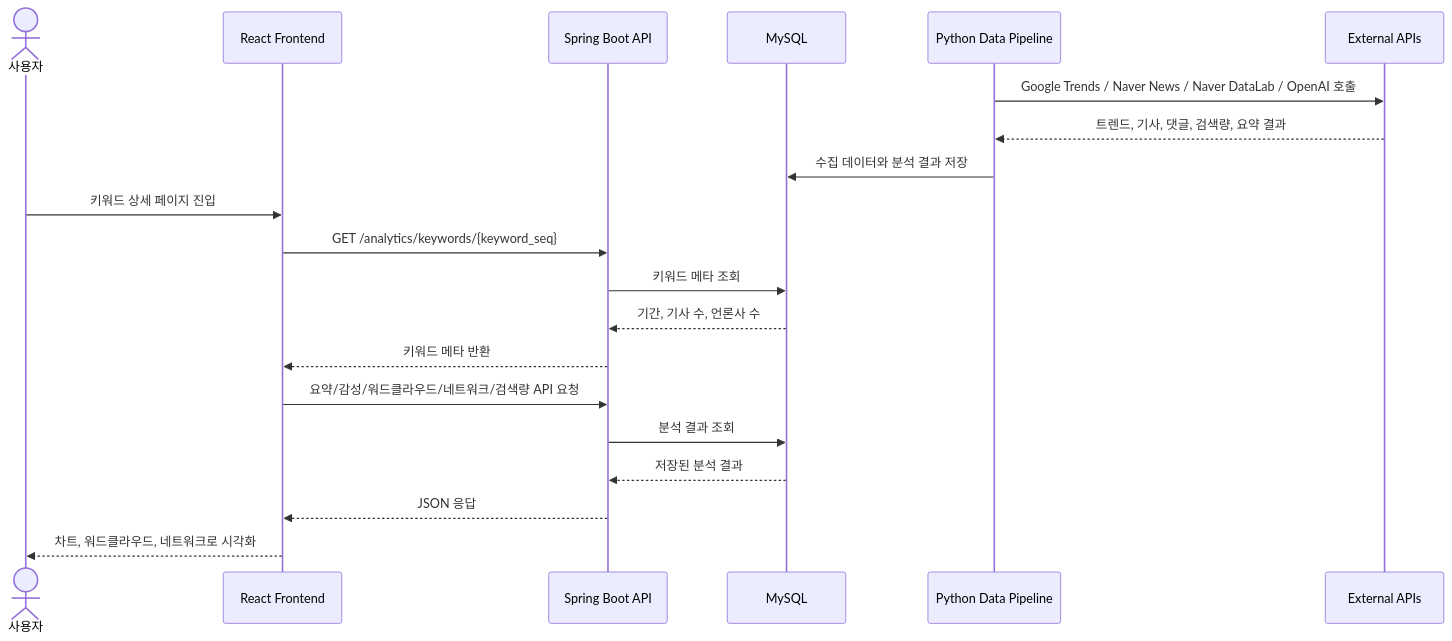
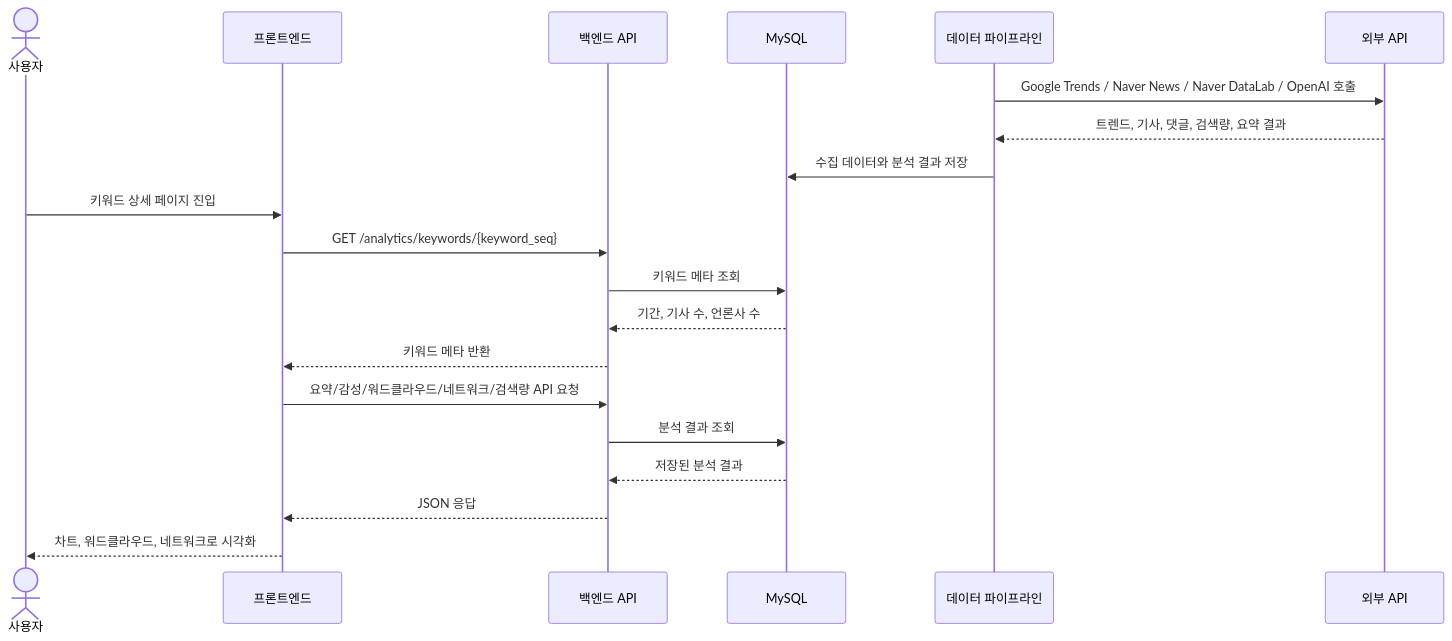
Before and after one commit to sssat/graduation-project: the fourth of 5 diagrams in docs/architecture-draft.md, drawn with Mermaid. The commit also changed other lines of this file, not shown here.

````diff
--- a/docs/architecture-draft.md
+++ b/docs/architecture-draft.md
@@ -132,25 +130,25 @@
 ```mermaid
 sequenceDiagram
   actor U as 사용자
-  participant F as React Frontend
-  participant B as Spring Boot API
+  participant F as 프론트엔드
+  participant B as 백엔드 API
   participant D as MySQL
-  participant P as Python Data Pipeline
-  participant E as External APIs
+  participant P as 데이터 파이프라인
+  participant E as 외부 API
 
   P->>E: Google Trends / Naver News / Naver DataLab / OpenAI 호출
   E-->>P: 트렌드, 기사, 댓글, 검색량, 요약 결과
   P->>D: 수집 데이터와 분석 결과 저장
 
   U->>F: 키워드 상세 페이지 진입
   F->>B: GET /analytics/keywords/{keyword_seq}
   B->>D: 키워드 메타 조회
   D-->>B: 기간, 기사 수, 언론사 수
   B-->>F: 키워드 메타 반환
 
   F->>B: 요약/감성/워드클라우드/네트워크/검색량 API 요청
   B->>D: 분석 결과 조회
   D-->>B: 저장된 분석 결과
   B-->>F: JSON 응답
   F-->>U: 차트, 워드클라우드, 네트워크로 시각화
 ```
````
